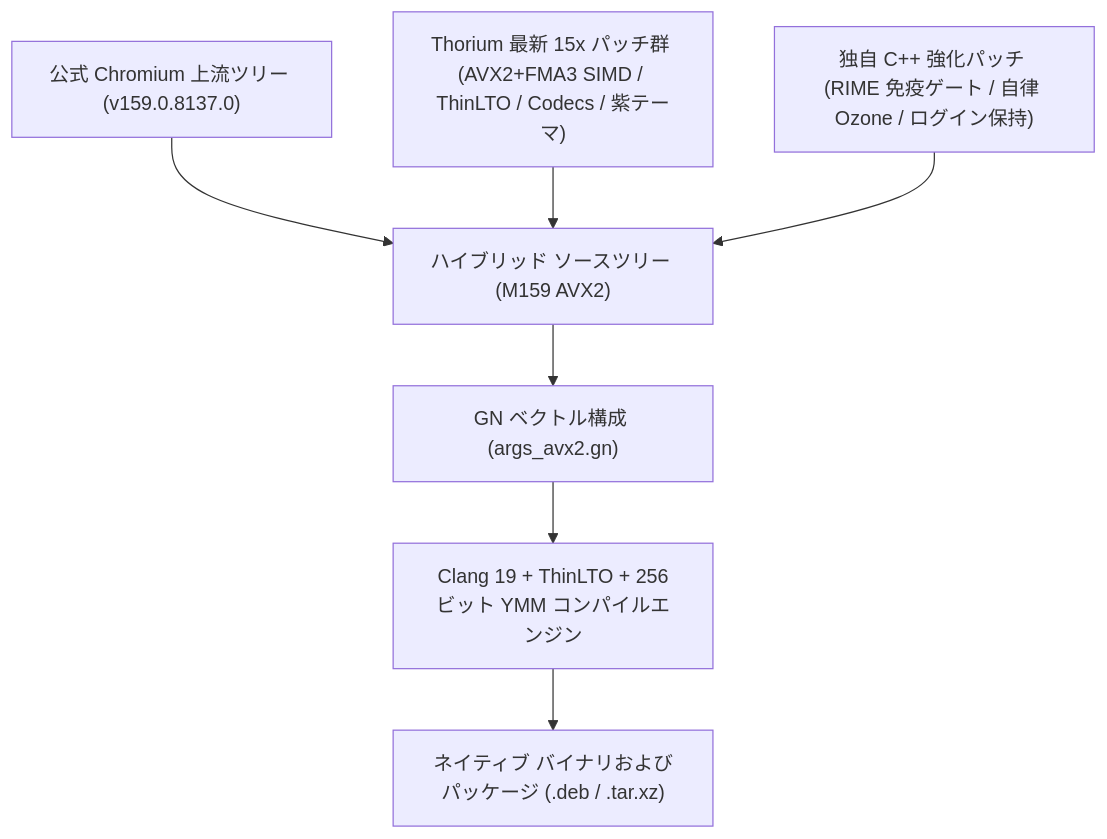
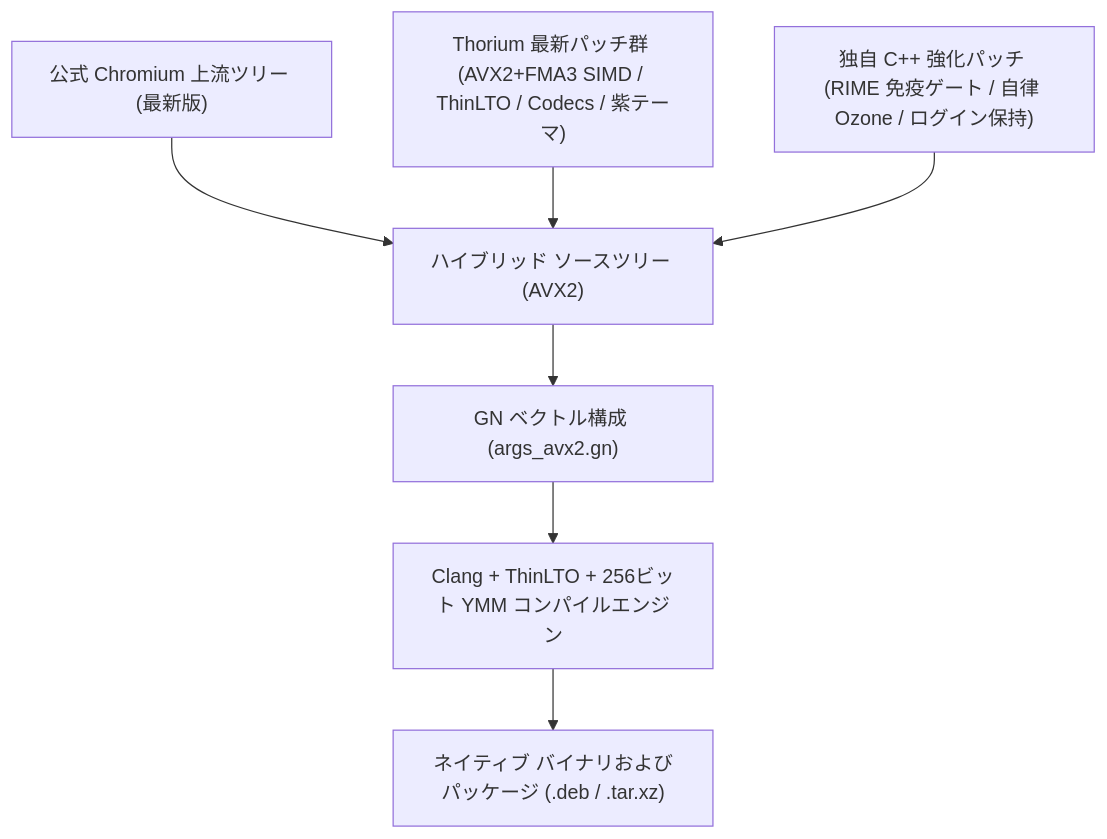
Before and after one commit to obhasashare2024-namo/thorium-avx2-rime: the diagram in README_ja.md, drawn with Mermaid. The commit also changed other lines of this file and 2 other files, not shown here.

````diff
--- a/README_ja.md
+++ b/README_ja.md
@@ -26,9 +26,9 @@
 ```mermaid
 graph TD
-    A["公式 Chromium 上流ツリー (v159.0.8137.0)"] --> D["ハイブリッド ソースツリー (M159 AVX2)"]
-    B["Thorium 最新 15x パッチ群 (AVX2+FMA3 SIMD / ThinLTO / Codecs / 紫テーマ)"] --> D
+    A["公式 Chromium 上流ツリー (最新版)"] --> D["ハイブリッド ソースツリー (AVX2)"]
+    B["Thorium 最新パッチ群 (AVX2+FMA3 SIMD / ThinLTO / Codecs / 紫テーマ)"] --> D
     C["独自 C++ 強化パッチ (RIME 免疫ゲート / 自律 Ozone / ログイン保持)"] --> D
     D --> E["GN ベクトル構成 (args_avx2.gn)"]
-    E --> F["Clang 19 + ThinLTO + 256ビット YMM コンパイルエンジン"]
+    E --> F["Clang + ThinLTO + 256ビット YMM コンパイルエンジン"]
     F --> G["ネイティブ バイナリおよびパッケージ (.deb / .tar.xz)"]
 ```
````
